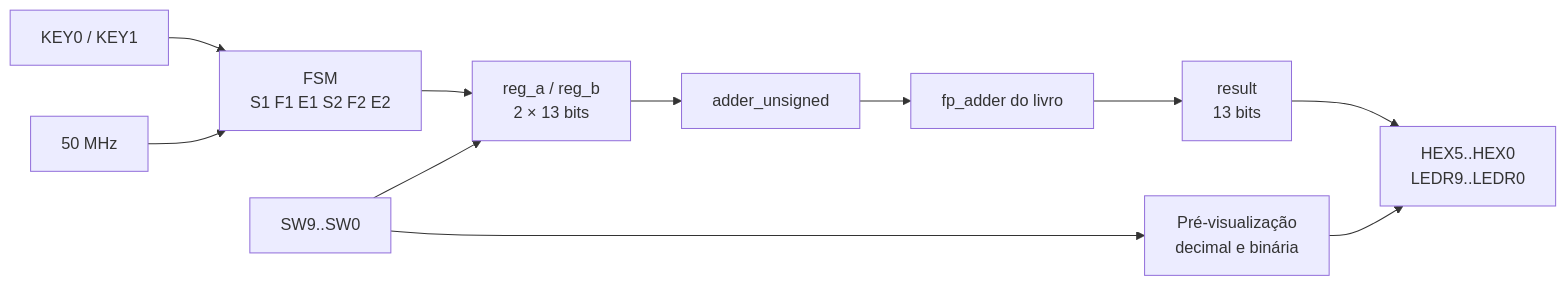
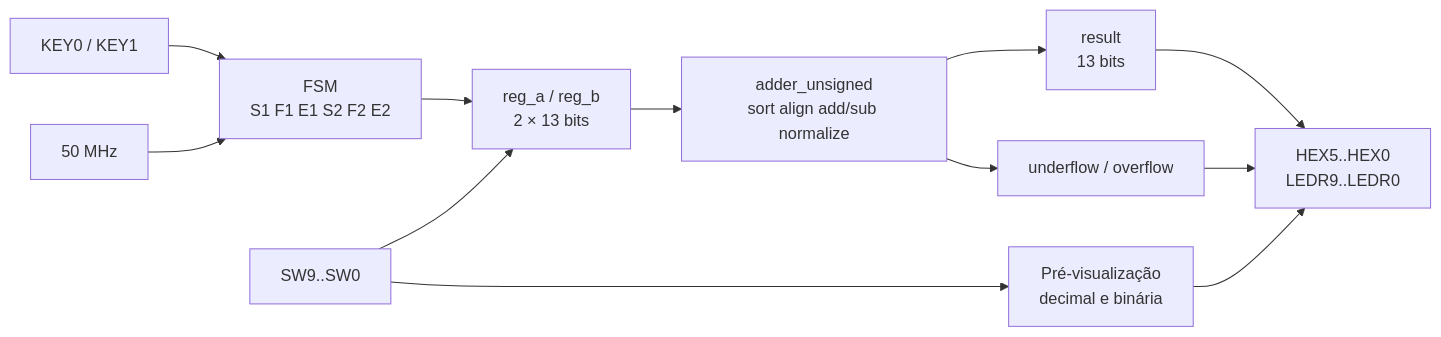
Before and after one commit to guiPython/de10-lite-fp-adder: the second of 2 diagrams in README.md, drawn with Mermaid. The commit also changed other lines of this file and 9 other files, not shown here.

First line of the commit message:
docs: finalize architecture and board interpretation

````diff
--- a/README.md
+++ b/README.md
@@ -123,13 +113,14 @@
 ```mermaid
 flowchart LR
     SW["SW9..SW0"] --> UI["Pré-visualização<br/>decimal e binária"]
     KEY["KEY0 / KEY1"] --> FSM["FSM<br/>S1 F1 E1 S2 F2 E2"]
     CLK["50 MHz"] --> FSM
     FSM --> REG["reg_a / reg_b<br/>2 × 13 bits"]
     SW --> REG
-    REG --> WRAP["adder_unsigned"]
-    WRAP --> CORE["fp_adder do livro"]
-    CORE --> RES["result<br/>13 bits"]
+    REG --> ADDER["adder_unsigned<br/>sort align add/sub normalize"]
+    ADDER --> RES["result<br/>13 bits"]
+    ADDER --> FLAGS["underflow / overflow"]
     RES --> OUT["HEX5..HEX0<br/>LEDR9..LEDR0"]
+    FLAGS --> OUT
     UI --> OUT
 ```
````
